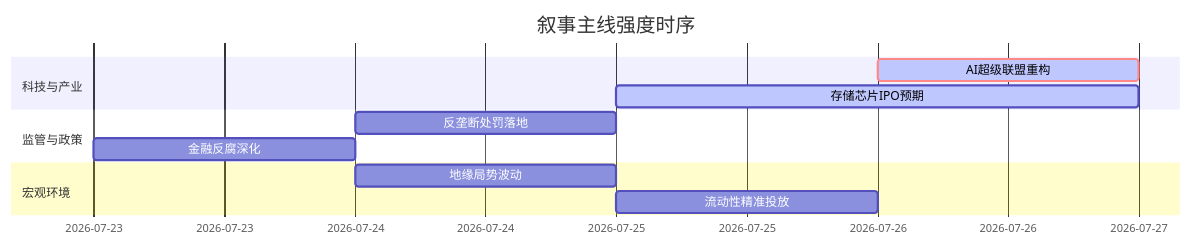
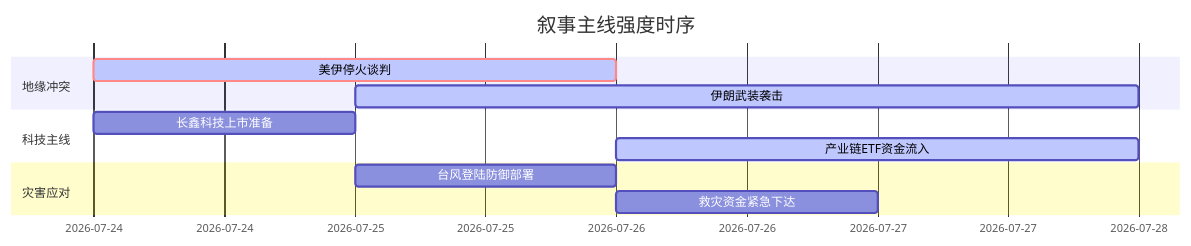
The diagram in 5day_report.md (uu5zn/uu5zn.github.io), drawn with Mermaid before and after one commit. The commit also changed other lines of this file and 24 other files, not shown here.

````diff
--- a/5day_report.md
+++ b/5day_report.md
@@ -53,16 +58,16 @@
 ```mermaid
 gantt
     title 叙事主线强度时序
     dateFormat  YYYY-MM-DD
-    section 科技与产业
-    AI超级联盟重构   :crit, active, 2026-07-26, 1d
-    存储芯片IPO预期   :active, 2026-07-25, 2d
+    section 地缘冲突
+    美伊停火谈判   :crit, active, 2026-07-24, 2d
+    伊朗武装袭击   :active, 2026-07-25, 3d
     
-    section 监管与政策
-    反垄断处罚落地   :2026-07-24, 1d
-    金融反腐深化     :2026-07-23, 1d
+    section 科技主线
+    长鑫科技上市准备   :2026-07-24, 1d
+    产业链ETF资金流入   :active, 2026-07-26, 2d
     
-    section 宏观环境
-    地缘局势波动     :2026-07-24, 1d
-    流动性精准投放   :2026-07-25, 1d
+    section 灾害应对
+    台风登陆防御部署   :2026-07-25, 1d
+    救灾资金紧急下达   :2026-07-26, 1d
 ```
````
